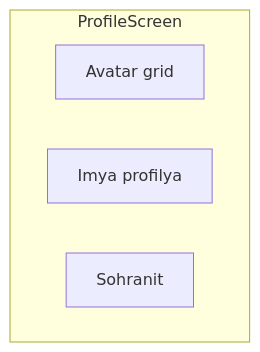
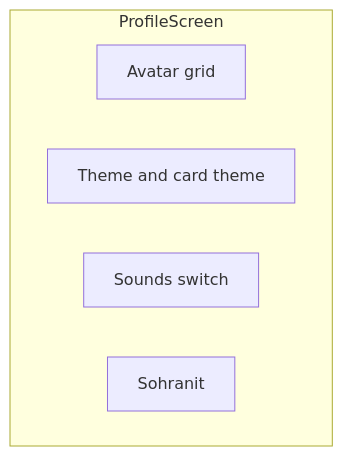
The diagram in docs/phases/phase-02-profile/README.md (ivanbogomoloff/fool-card-game), drawn with Mermaid before and after one commit. The commit also changed other lines of this file and 7 other files, not shown here.

````diff
--- a/docs/phases/phase-02-profile/README.md
+++ b/docs/phases/phase-02-profile/README.md
@@ -13,8 +9,9 @@
 ```mermaid
 flowchart TB
     subgraph profileScreen [ProfileScreen]
         AvatarPicker[Avatar grid]
-        NameField[Imya profilya]
+        ThemeChips[Theme and card theme]
+        Sounds[Sounds switch]
         BtnSave[Sohranit]
     end
 ```
````
